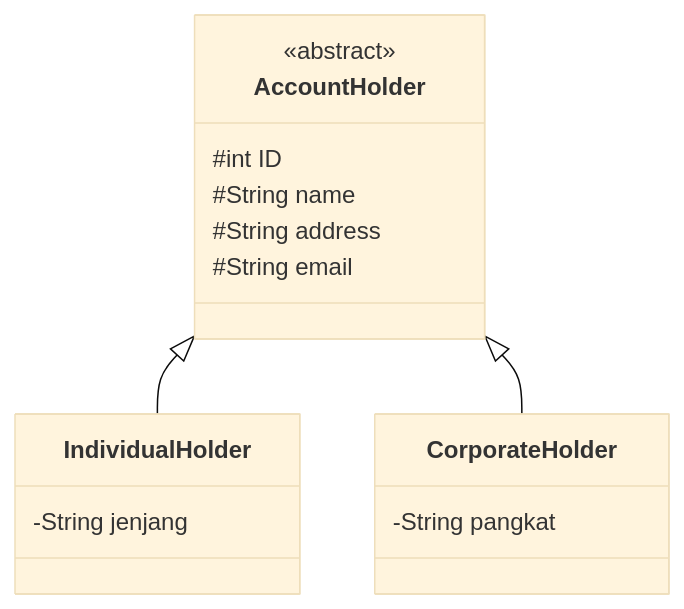
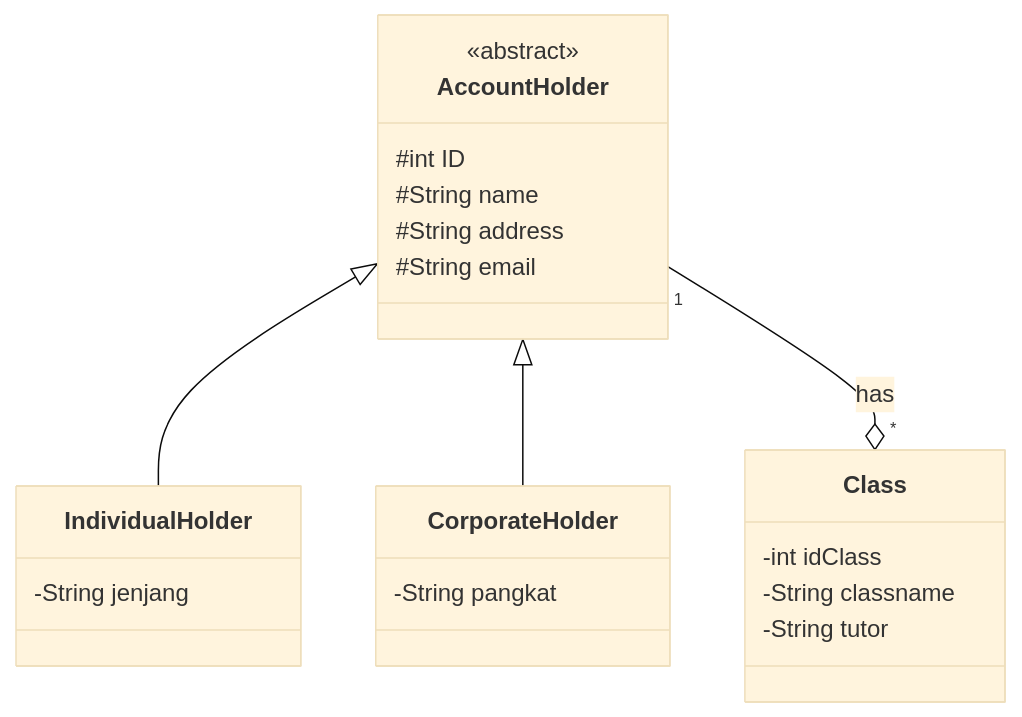
One commit to ryecries/Project changed the first of 2 diagrams in README.md. Above: the diagram before and after it, drawn with Mermaid (base theme). The commit also changed other lines of this file, not shown here.

````diff
--- a/README.md
+++ b/README.md
@@ -34,21 +34,27 @@
 ```mermaid
 classDiagram
     AccountHolder <|-- IndividualHolder
     AccountHolder <|-- CorporateHolder
+     AccountHolder "1"--o"*" Class : has
 
     class AccountHolder{
     <<abstract>>
     #int ID
     #String name
     #String address
     #String email
     }
     class IndividualHolder{
      -String jenjang
     }
     class CorporateHolder{
      -String pangkat
     }
+    class Class{
+      -int idClass
+      -String classname
+      -String tutor
+    }
     
 
 ```
````
